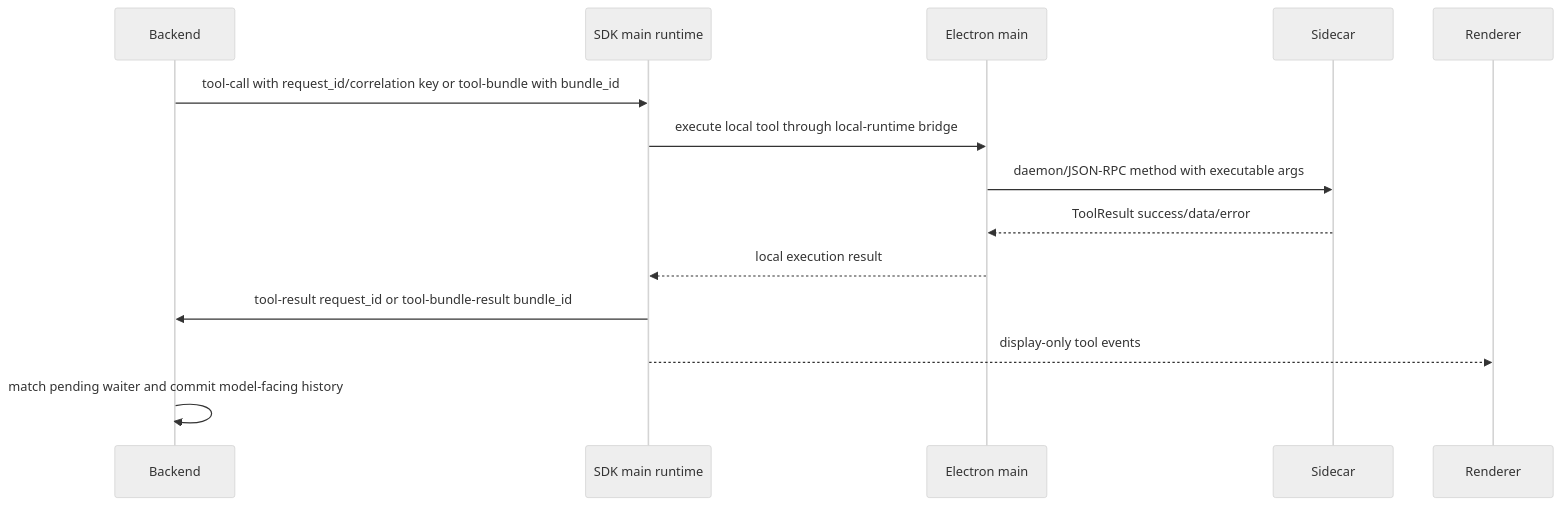
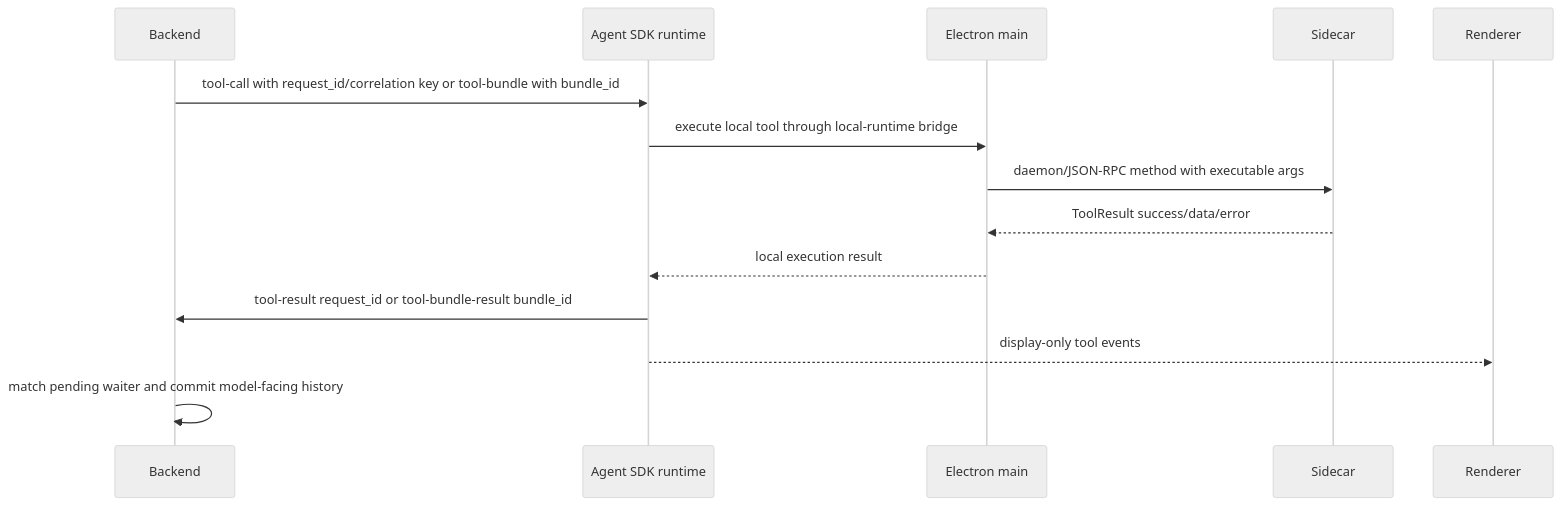
The second of 2 diagrams in docs/reference/session_and_transcript_reference.md (buiilding/My_Own_OpenClaw), drawn with Mermaid (neutral theme) before and after one commit. The commit also changed 29 other files, not shown here.

First line of the commit message:
docs(runtime): use Agent SDK runtime wording

````diff
--- a/docs/reference/session_and_transcript_reference.md
+++ b/docs/reference/session_and_transcript_reference.md
@@ -86,15 +86,15 @@
 ```mermaid
 sequenceDiagram
   participant Backend
-  participant SDK as SDK main runtime
+  participant SDK as Agent SDK runtime
   participant Main as Electron main
   participant Sidecar
   Backend->>SDK: tool-call with request_id/correlation key or tool-bundle with bundle_id
   SDK->>Main: execute local tool through local-runtime bridge
   Main->>Sidecar: daemon/JSON-RPC method with executable args
   Sidecar-->>Main: ToolResult success/data/error
   Main-->>SDK: local execution result
   SDK->>Backend: tool-result request_id or tool-bundle-result bundle_id
   SDK-->>Renderer: display-only tool events
   Backend->>Backend: match pending waiter and commit model-facing history
 ```
````
